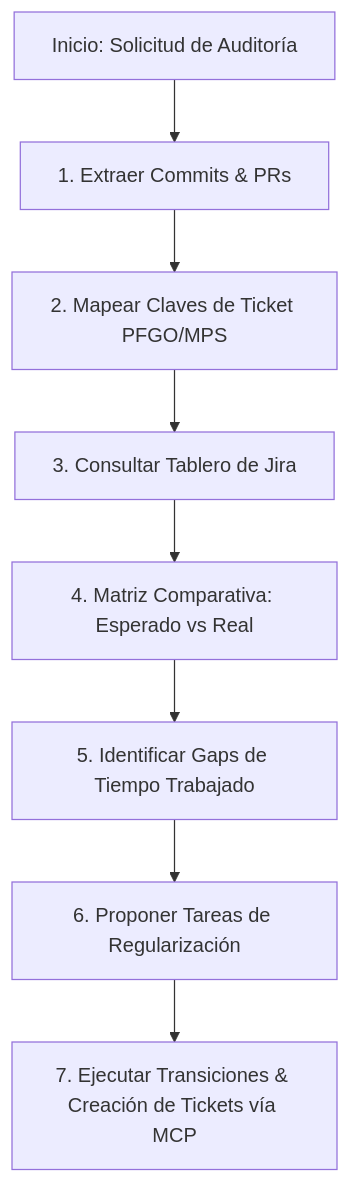
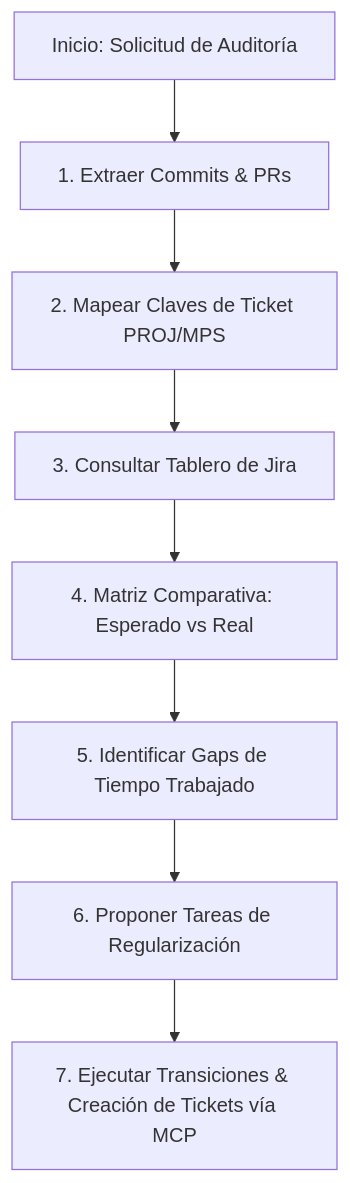
The diagram in jira/references/board-audit-guide.md (jgu7man/jg7-agent-skills), drawn with Mermaid before and after one commit. The commit also changed other lines of this file and 46 other files, not shown here.

````diff
--- a/jira/references/board-audit-guide.md
+++ b/jira/references/board-audit-guide.md
@@ -29,10 +29,10 @@
 ```mermaid
 flowchart TD
     A[Inicio: Solicitud de Auditoría] --> B[1. Extraer Commits & PRs]
-    B --> C[2. Mapear Claves de Ticket PFGO/MPS]
+    B --> C[2. Mapear Claves de Ticket PROJ/MPS]
     C --> D[3. Consultar Tablero de Jira]
     D --> E[4. Matriz Comparativa: Esperado vs Real]
     E --> F[5. Identificar Gaps de Tiempo Trabajado]
     F --> G[6. Proponer Tareas de Regularización]
     G --> H[7. Ejecutar Transiciones & Creación de Tickets vía MCP]
 ```
````
